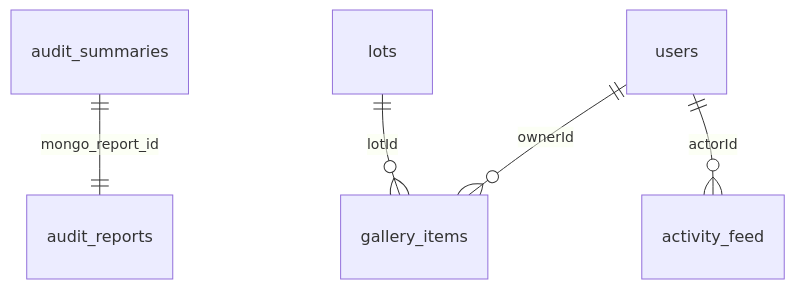
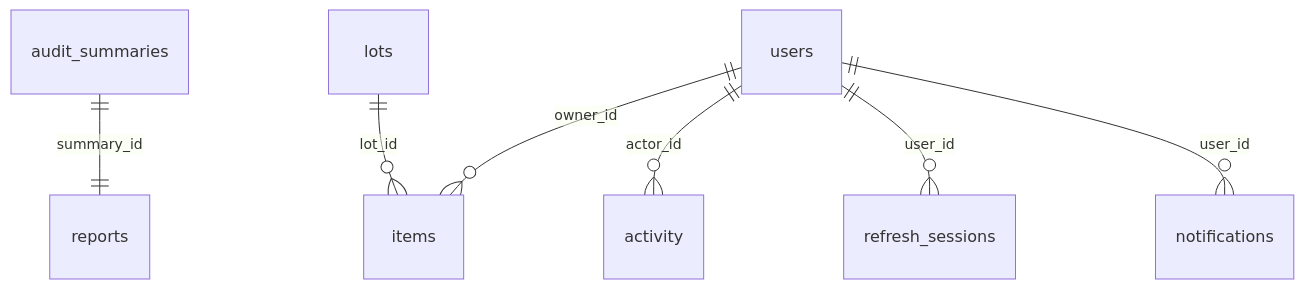
Before and after one commit to Juan-Camilo-Martinez-B/artauction_bd: the second of 2 diagrams in docs/modelo-datos/er.md, drawn with Mermaid. The commit also changed other lines of this file and 4 other files, not shown here.

````diff
--- a/docs/modelo-datos/er.md
+++ b/docs/modelo-datos/er.md
@@ -50,7 +50,9 @@
 ```mermaid
 erDiagram
-  audit_summaries ||--|| audit_reports : mongo_report_id
-  lots ||--o{ gallery_items : lotId
-  users ||--o{ gallery_items : ownerId
-  users ||--o{ activity_feed : actorId
+  audit_summaries ||--|| reports : summary_id
+  lots ||--o{ items : lot_id
+  users ||--o{ items : owner_id
+  users ||--o{ activity : actor_id
+  users ||--o{ refresh_sessions : user_id
+  users ||--o{ notifications : user_id
 ```
````
